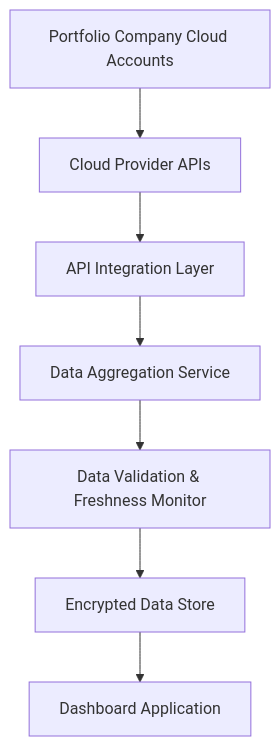
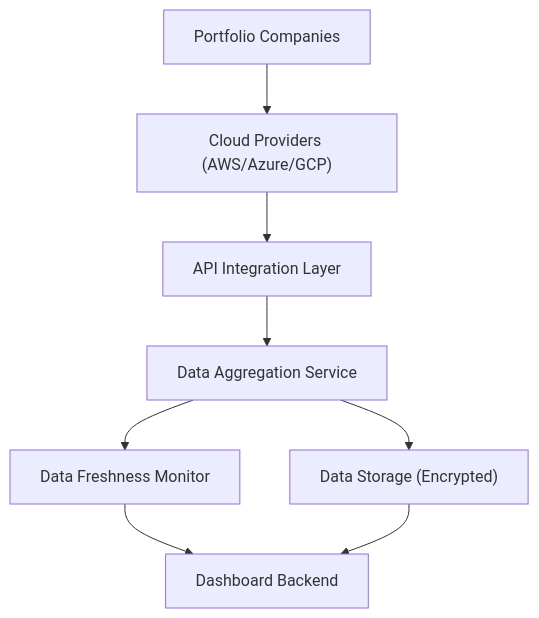
One commit to Davamani-git/APB_Demo changed the diagram in HLD/QE-4727_HLD.md. Above: the diagram before and after it, drawn with Mermaid. The commit also changed other lines of this file, not shown here.

````diff
--- a/HLD/QE-4727_HLD.md
+++ b/HLD/QE-4727_HLD.md
@@ -7,17 +7,17 @@
 ```mermaid
 flowchart TD
-    A["Portfolio Company Cloud Accounts"]
-    B["Cloud Provider APIs"]
+    A["Portfolio Companies"]
+    B["Cloud Providers (AWS/Azure/GCP)"]
     C["API Integration Layer"]
     D["Data Aggregation Service"]
-    E["Data Validation & Freshness Monitor"]
-    F["Encrypted Data Store"]
-    G["Dashboard Application"]
-    
+    E["Data Storage (Encrypted)"]
+    F["Data Freshness Monitor"]
+    G["Dashboard Backend"]
     A --> B
     B --> C
     C --> D
     D --> E
-    E --> F
+    D --> F
     F --> G
+    E --> G
 ```
````
